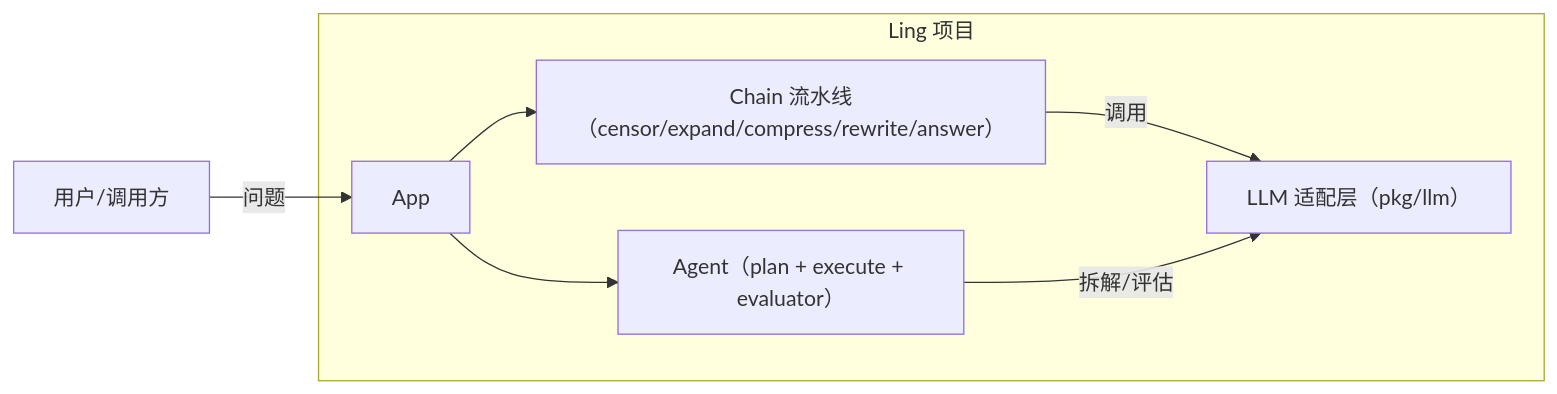
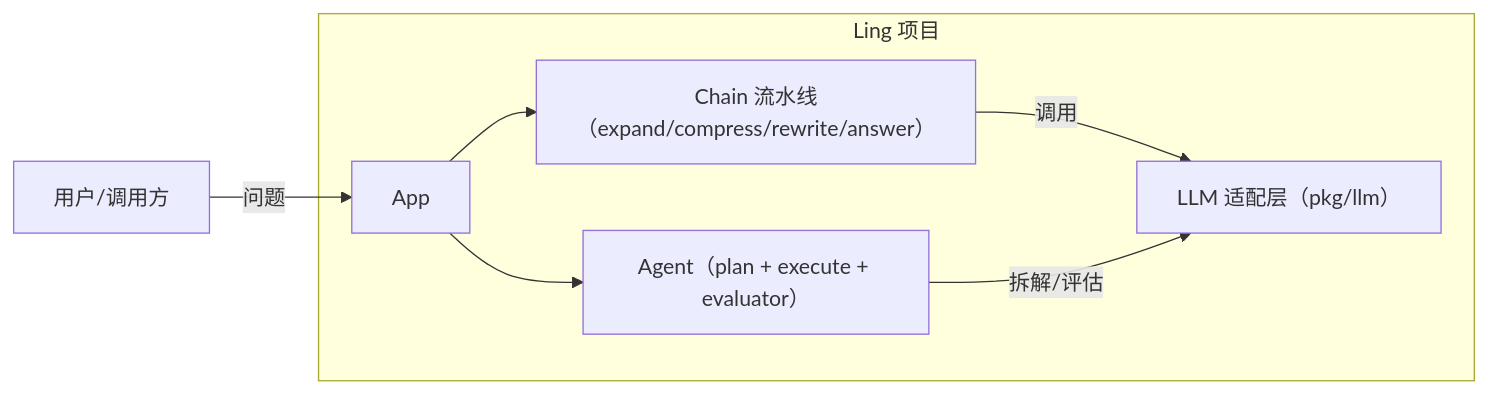
Before and after one commit to LingByte/Ling: the first of 3 diagrams in docs/architecture.md, drawn with Mermaid. The commit also changed other lines of this file and 20 other files, not shown here.

````diff
--- a/docs/architecture.md
+++ b/docs/architecture.md
@@ -5,16 +5,16 @@
 ```mermaid
 flowchart LR
   U[用户/调用方] -->|问题| App
 
   subgraph LingProj[Ling 项目]
-    Chain[Chain 流水线（censor/expand/compress/rewrite/answer）]
+    Chain[Chain 流水线（expand/compress/rewrite/answer）]
     Agent[Agent（plan + execute + evaluator）]
     LLM[LLM 适配层（pkg/llm）]
 
     App --> Chain
     App --> Agent
 
     Chain -->|调用| LLM
     Agent -->|拆解/评估| LLM
   end
 ```
````
